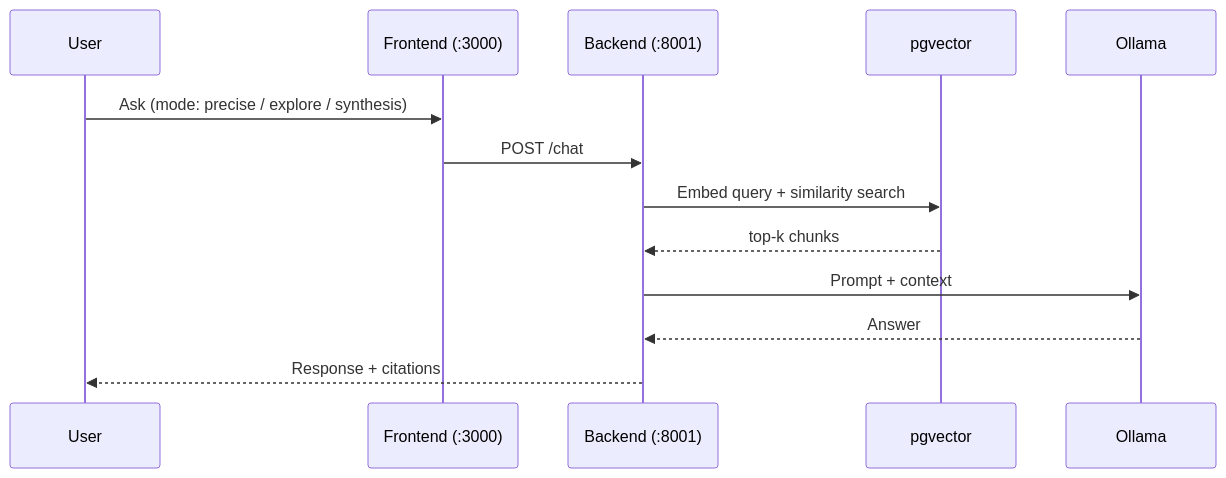
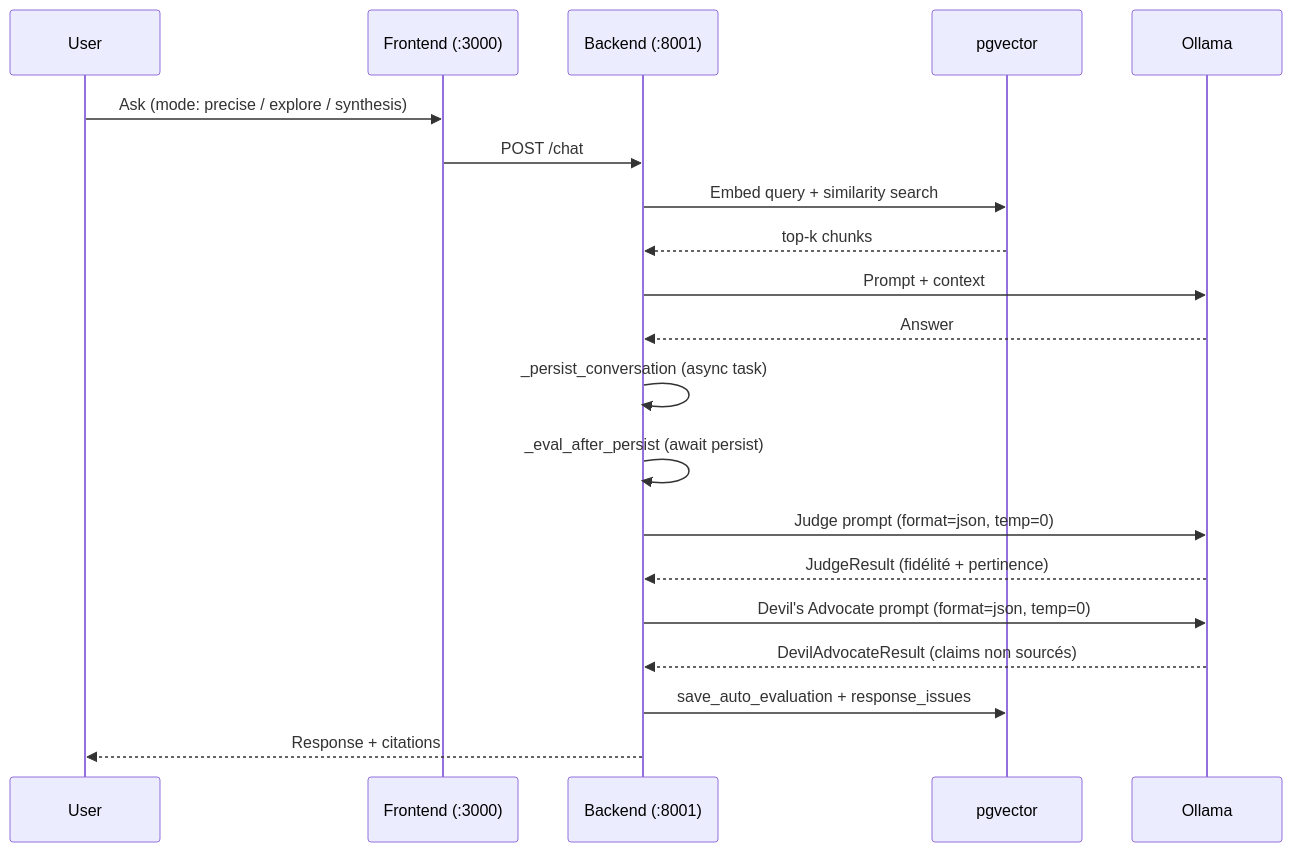
Before and after one commit to chelmooz/RAG-Harvard-IT-teacher: the second of 3 diagrams in README.md, drawn with Mermaid. The commit also changed other lines of this file and 21 other files, not shown here.

Commit message:
feat: auto-evaluation Judge + Devil's Advocate (sequential qwen3:14b)

````diff
--- a/README.md
+++ b/README.md
@@ -81,15 +85,22 @@
 ```mermaid
 sequenceDiagram
     participant U as User
     participant FE as Frontend (:3000)
     participant BE as Backend (:8001)
     participant PG as pgvector
     participant OL as Ollama
     U->>FE: Ask (mode: precise / explore / synthesis)
     FE->>BE: POST /chat
     BE->>PG: Embed query + similarity search
     PG-->>BE: top-k chunks
     BE->>OL: Prompt + context
     OL-->>BE: Answer
+    BE->>BE: _persist_conversation (async task)
+    BE->>BE: _eval_after_persist (await persist)
+    BE->>OL: Judge prompt (format=json, temp=0)
+    OL-->>BE: JudgeResult (fidélité + pertinence)
+    BE->>OL: Devil's Advocate prompt (format=json, temp=0)
+    OL-->>BE: DevilAdvocateResult (claims non sourcés)
+    BE->>PG: save_auto_evaluation + response_issues
     BE-->>U: Response + citations
 ```
````
